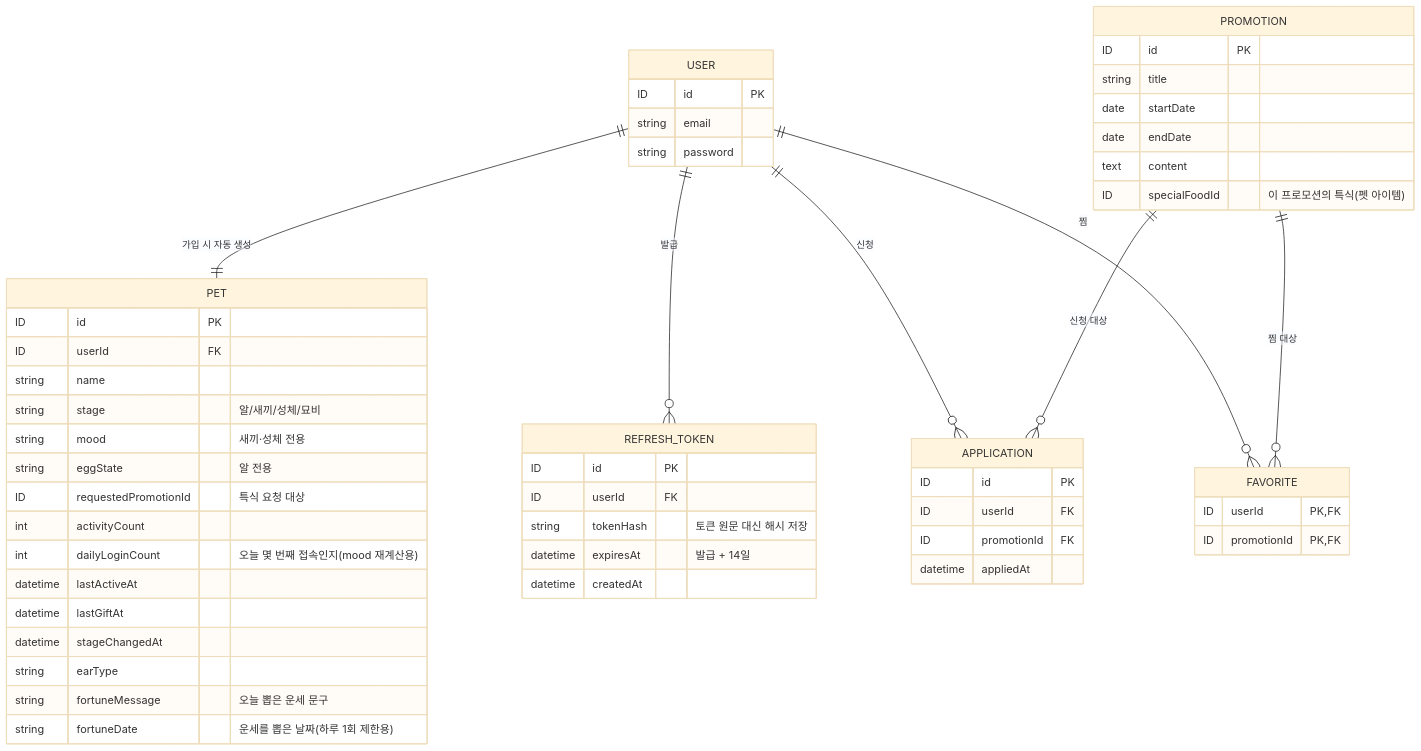
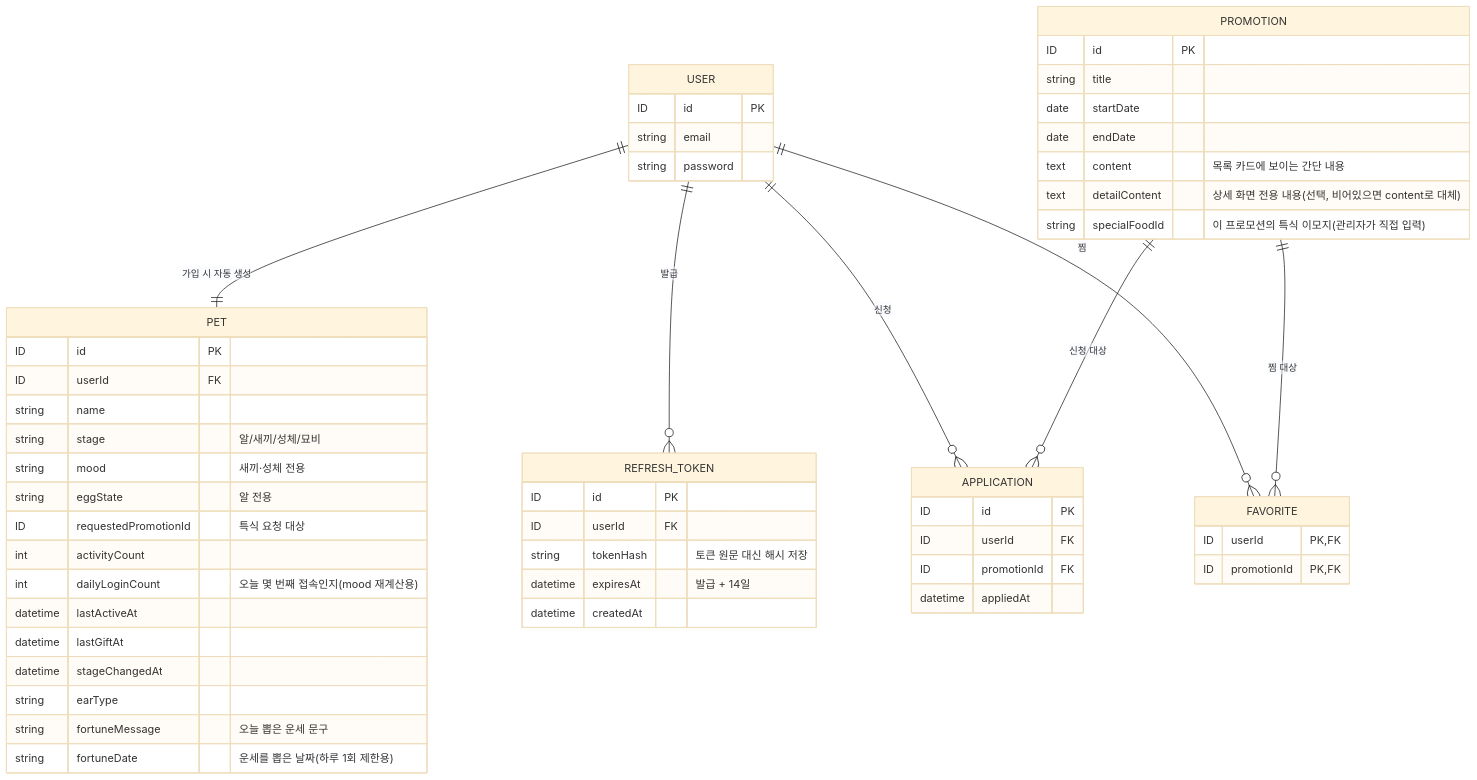
The diagram in docs/9-erd.md (chaeuk-60/b2b-promo), drawn with Mermaid (base theme) before and after one commit. The commit also changed 12 other files, not shown here.

First line of the commit message:
프로모션 상세 내용 분리(detail_content) + 특식 이모지 직접 입력

````diff
--- a/docs/9-erd.md
+++ b/docs/9-erd.md
@@ -5,62 +5,63 @@
 ```mermaid
 erDiagram
     USER ||--|| PET : "가입 시 자동 생성"
     USER ||--o{ REFRESH_TOKEN : "발급"
     USER ||--o{ APPLICATION : "신청"
     USER ||--o{ FAVORITE : "찜"
     PROMOTION ||--o{ APPLICATION : "신청 대상"
     PROMOTION ||--o{ FAVORITE : "찜 대상"
 
     USER {
         ID id PK
         string email
         string password
     }
 
     REFRESH_TOKEN {
         ID id PK
         ID userId FK
         string tokenHash "토큰 원문 대신 해시 저장"
         datetime expiresAt "발급 + 14일"
         datetime createdAt
     }
 
     PROMOTION {
         ID id PK
         string title
         date startDate
         date endDate
-        text content
-        ID specialFoodId "이 프로모션의 특식(펫 아이템)"
+        text content "목록 카드에 보이는 간단 내용"
+        text detailContent "상세 화면 전용 내용(선택, 비어있으면 content로 대체)"
+        string specialFoodId "이 프로모션의 특식 이모지(관리자가 직접 입력)"
     }
 
     APPLICATION {
         ID id PK
         ID userId FK
         ID promotionId FK
         datetime appliedAt
     }
 
     FAVORITE {
         ID userId PK,FK
         ID promotionId PK,FK
     }
 
     PET {
         ID id PK
         ID userId FK
         string name
         string stage "알/새끼/성체/묘비"
         string mood "새끼·성체 전용"
         string eggState "알 전용"
         ID requestedPromotionId "특식 요청 대상"
         int activityCount
         int dailyLoginCount "오늘 몇 번째 접속인지(mood 재계산용)"
         datetime lastActiveAt
         datetime lastGiftAt
         datetime stageChangedAt
         string earType
         string fortuneMessage "오늘 뽑은 운세 문구"
         string fortuneDate "운세를 뽑은 날짜(하루 1회 제한용)"
     }
 ```
````
